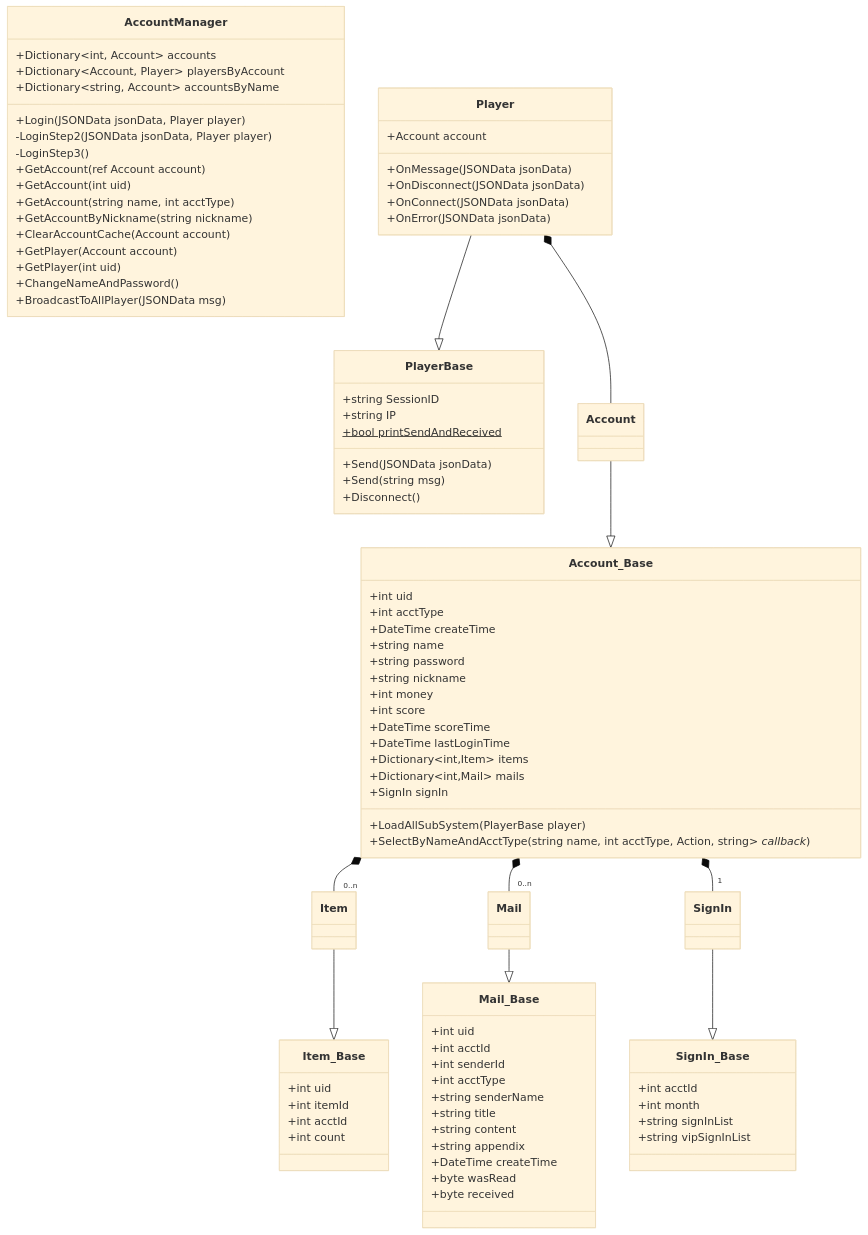
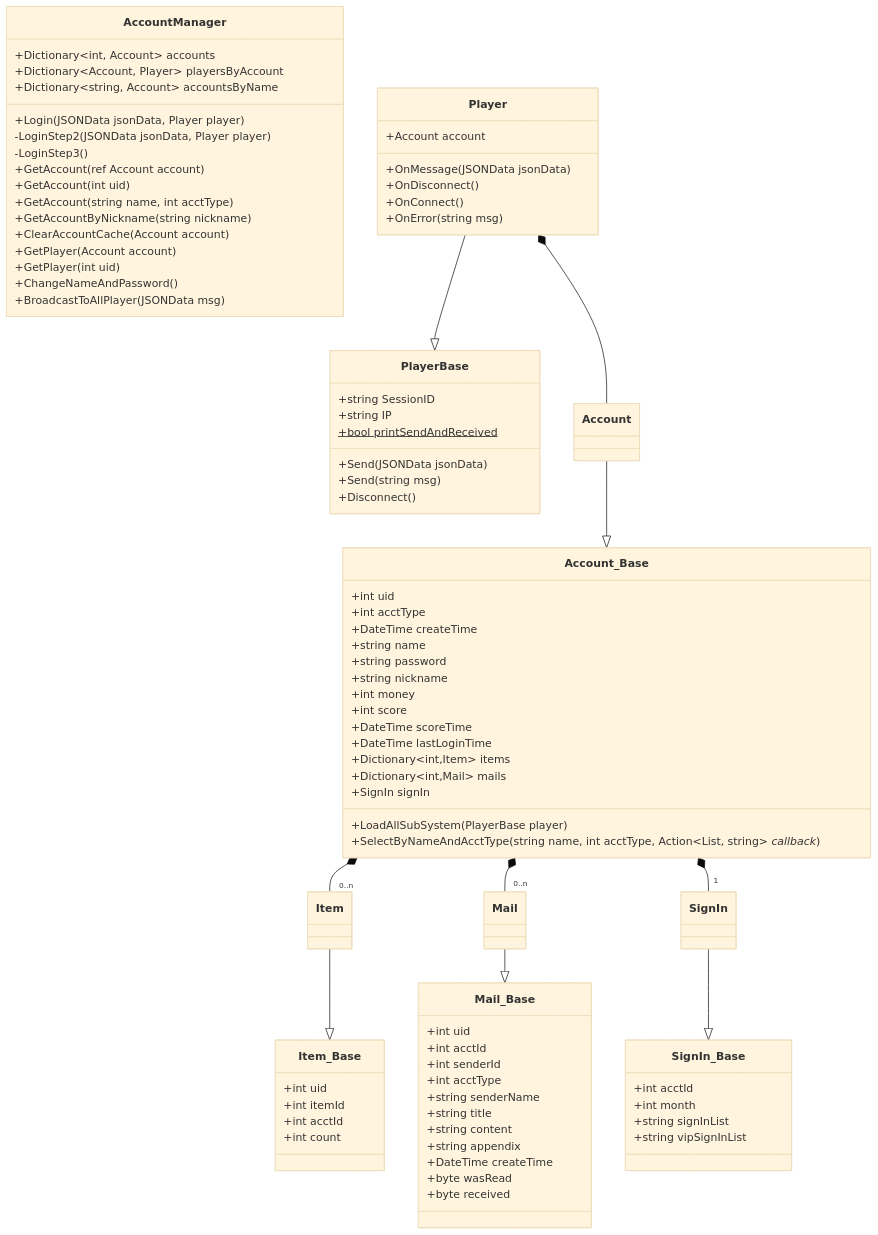
Before and after one commit to ChengShaoRong/KissServerFramework: the first of 2 diagrams in README.md, drawn with Mermaid (base theme). The commit also changed other lines of this file, not shown here.

```diff
--- a/README.md
+++ b/README.md
@@ -236,9 +236,9 @@
 class Player{
 	+Account account
 	+OnMessage(JSONData jsonData)
-	+OnDisconnect(JSONData jsonData)
-	+OnConnect(JSONData jsonData)
-	+OnError(JSONData jsonData)
+	+OnDisconnect()
+	+OnConnect()
+	+OnError(string msg)
 }
 class Account{
 	
@@ -258,7 +258,7 @@
 	+Dictionary~int,Mail~ mails
 	+SignIn signIn
 	+LoadAllSubSystem(PlayerBase player)
-	+SelectByNameAndAcctType(string name, int acctType, Action<List<Account>, string> _callback_)
+	+SelectByNameAndAcctType(string name, int acctType, Action~List<Account>, string~ _callback_)
 }
 class Item{
 	
```
